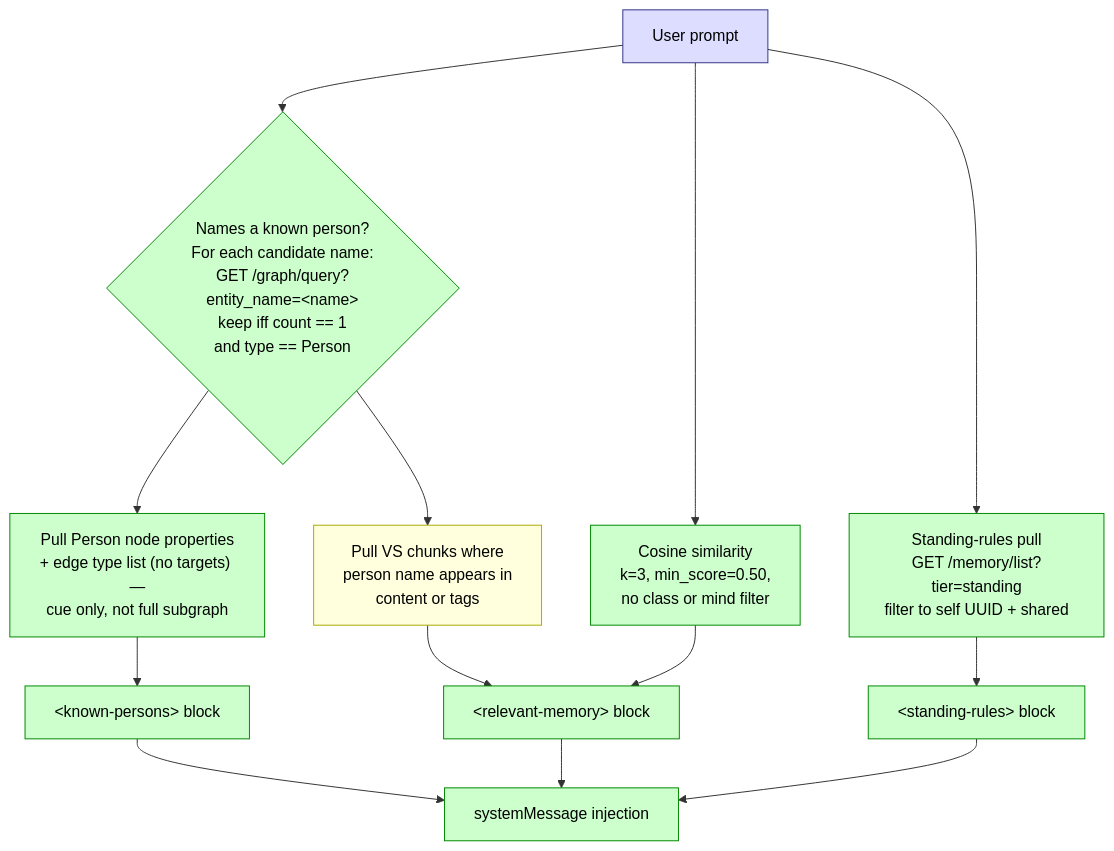
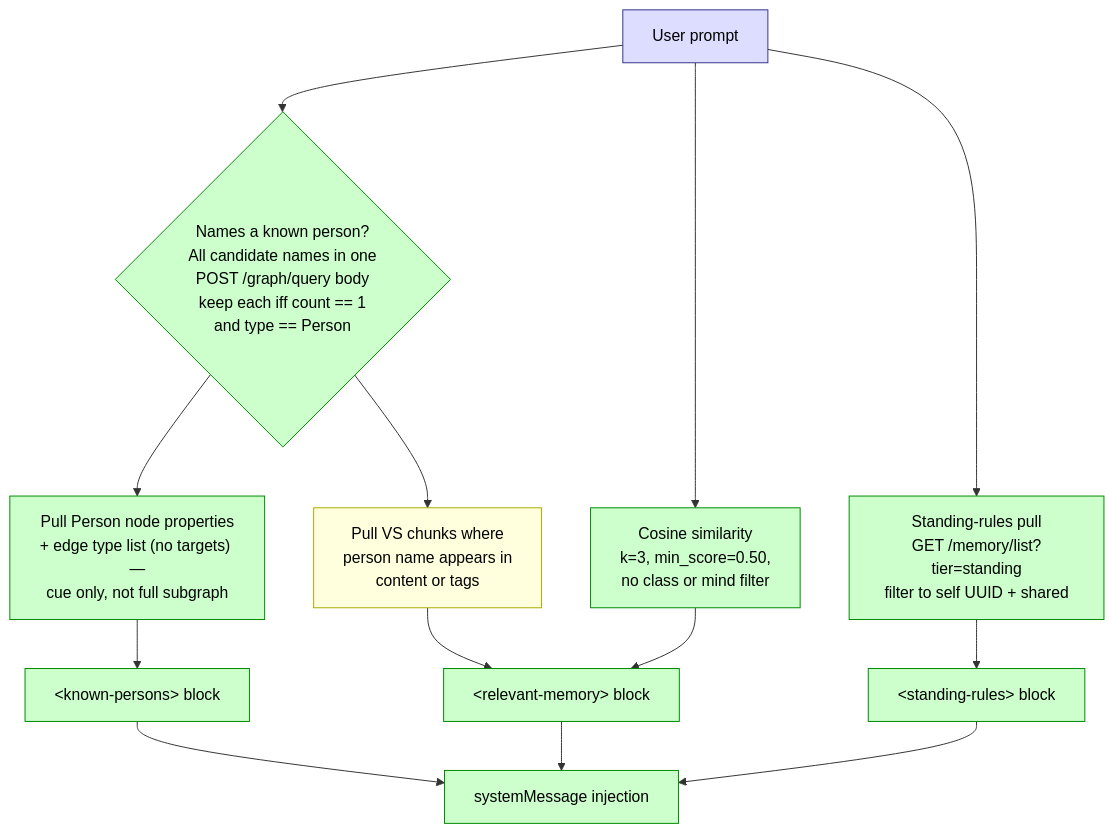
The diagram in docs/memory-system/contextual-retrieval.md (danielstewart77/hive-edge-minds), drawn with Mermaid before and after one commit. The commit also changed other lines of this file and 7 other files, not shown here.

First line of the commit message:
a name travels in the body, and all of them travel together

````diff
--- a/docs/memory-system/contextual-retrieval.md
+++ b/docs/memory-system/contextual-retrieval.md
@@ -6,27 +6,27 @@
 ```mermaid
 flowchart TD
     PROMPT[User prompt]
 
-    PROMPT --> NER{"Names a known person?<br/>For each candidate name:<br/>GET /graph/query?<br/>entity_name=&lt;name&gt;<br/>keep iff count == 1<br/>and type == Person"}
+    PROMPT --> NER{"Names a known person?<br/>All candidate names in one<br/>POST /graph/query body<br/>keep each iff count == 1<br/>and type == Person"}
     PROMPT --> COS["Cosine similarity<br/>k=3, min_score=0.50,<br/>no class or mind filter"]
     PROMPT --> STD["Standing-rules pull<br/>GET /memory/list?tier=standing<br/>filter to self UUID + shared"]
 
     NER --> KGQ["Pull Person node properties<br/>+ edge type list (no targets) —<br/>cue only, not full subgraph"]
     NER --> VSQ["Pull VS chunks where<br/>person name appears in<br/>content or tags"]
     KGQ --> KEB["&lt;known-persons&gt; block"]
     VSQ --> RMB["&lt;relevant-memory&gt; block"]
     COS --> RMB
     STD --> SRB["&lt;standing-rules&gt; block"]
 
     KEB --> INJ[systemMessage injection]
     RMB --> INJ
     SRB --> INJ
 
     classDef live fill:#cfc,stroke:#080,color:#000
     classDef designed fill:#ffd,stroke:#aa0,color:#000
     classDef neutral fill:#ddf,stroke:#338,color:#000
 
     class COS,STD,RMB,SRB,INJ,NER,KGQ,KEB live
     class VSQ designed
     class PROMPT neutral
 ```
````
